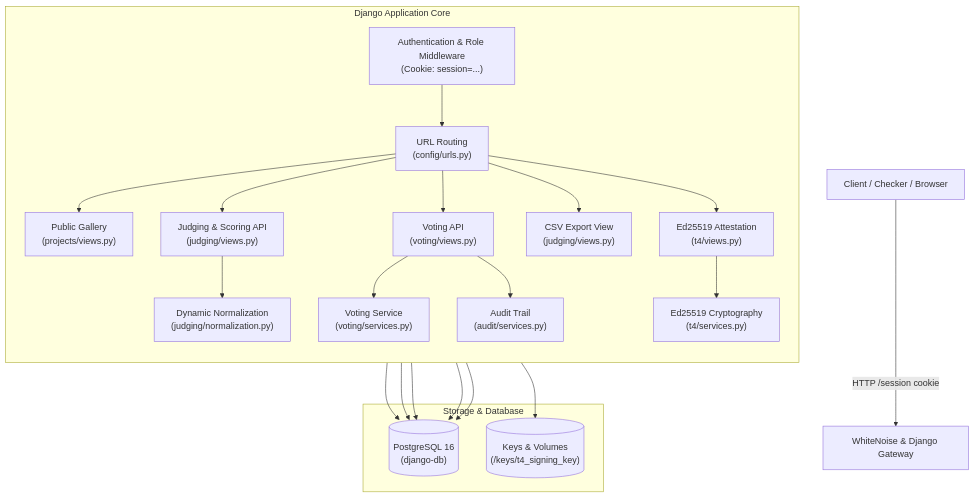
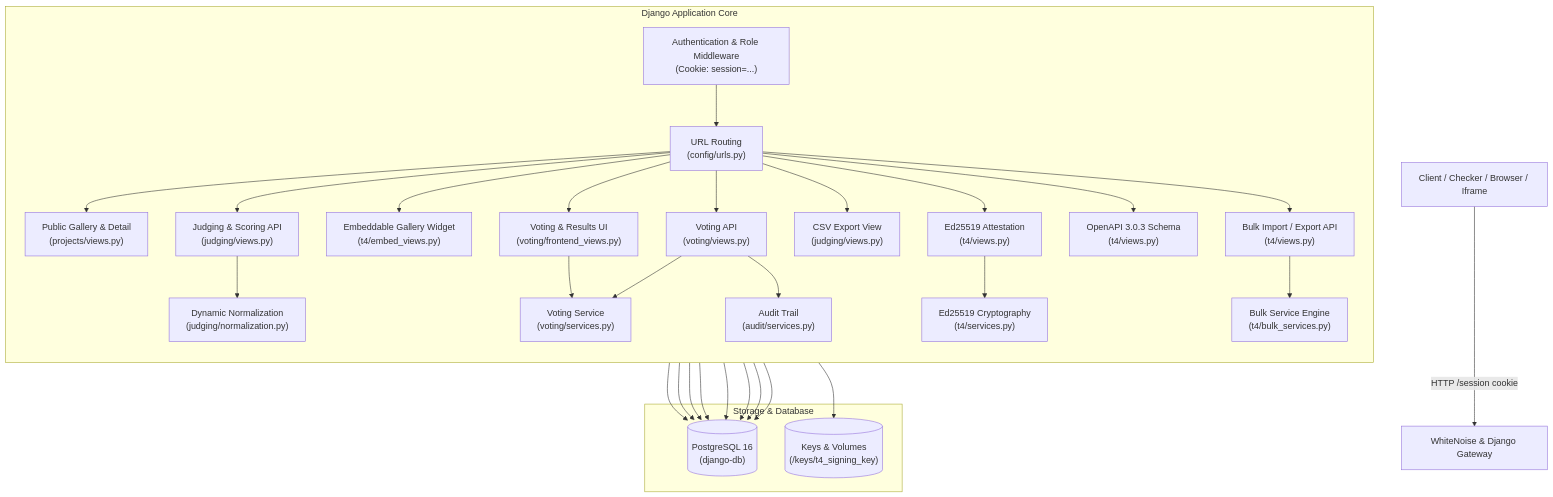
One commit to impetus-Dev/dogfood-2026 changed the first of 3 diagrams in ARCHITECTURE.md. Above: the diagram before and after it, drawn with Mermaid. The commit also changed other lines of this file and 17 other files, not shown here.

Commit message:
feat: finalize T3 frontend and T4 gallery widget

````diff
--- a/ARCHITECTURE.md
+++ b/ARCHITECTURE.md
@@ -7,35 +7,44 @@
 ```mermaid
 flowchart TD
-    Client["Client / Checker / Browser"] -->|"HTTP /session cookie"| NginxWhiteNoise["WhiteNoise & Django Gateway"]
+    Client["Client / Checker / Browser / Iframe"] -->|"HTTP /session cookie"| NginxWhiteNoise["WhiteNoise & Django Gateway"]
     
     subgraph CoreDjango["Django Application Core"]
         direction TB
         AuthLayer["Authentication & Role Middleware\n(Cookie: session=...)"]
         URLRouter["URL Routing\n(config/urls.py)"]
         
         AuthLayer --> URLRouter
         
-        URLRouter --> GalleryView["Public Gallery\n(projects/views.py)"]
+        URLRouter --> GalleryView["Public Gallery & Detail\n(projects/views.py)"]
+        URLRouter --> VotingUI["Voting & Results UI\n(voting/frontend_views.py)"]
+        URLRouter --> EmbedWidget["Embeddable Gallery Widget\n(t4/embed_views.py)"]
         URLRouter --> JudgingView["Judging & Scoring API\n(judging/views.py)"]
-        URLRouter --> VotingView["Voting API\n(voting/views.py)"]
+        URLRouter --> VotingAPI["Voting API\n(voting/views.py)"]
         URLRouter --> ExportView["CSV Export View\n(judging/views.py)"]
+        URLRouter --> BulkOps["Bulk Import / Export API\n(t4/views.py)"]
+        URLRouter --> OpenAPISchema["OpenAPI 3.0.3 Schema\n(t4/views.py)"]
         URLRouter --> T4AttestView["Ed25519 Attestation\n(t4/views.py)"]
         
         JudgingView --> NormalizationService["Dynamic Normalization\n(judging/normalization.py)"]
-        VotingView --> VotingService["Voting Service\n(voting/services.py)"]
-        VotingView --> AuditService["Audit Trail\n(audit/services.py)"]
+        VotingAPI --> VotingService["Voting Service\n(voting/services.py)"]
+        VotingUI --> VotingService
+        VotingAPI --> AuditService["Audit Trail\n(audit/services.py)"]
         T4AttestView --> CryptoService["Ed25519 Cryptography\n(t4/services.py)"]
+        BulkOps --> BulkService["Bulk Service Engine\n(t4/bulk_services.py)"]
     end
     
     subgraph Persistence["Storage & Database"]
         PostgreSQL[("PostgreSQL 16\n(django-db)")]
         KeyStore[("Keys & Volumes\n(/keys/t4_signing_key)")]
     end
     
     GalleryView --> PostgreSQL
+    VotingUI --> PostgreSQL
+    EmbedWidget --> PostgreSQL
     NormalizationService --> PostgreSQL
     VotingService --> PostgreSQL
     AuditService --> PostgreSQL
     CryptoService --> PostgreSQL
     CryptoService --> KeyStore
+    BulkService --> PostgreSQL
 ```
````
